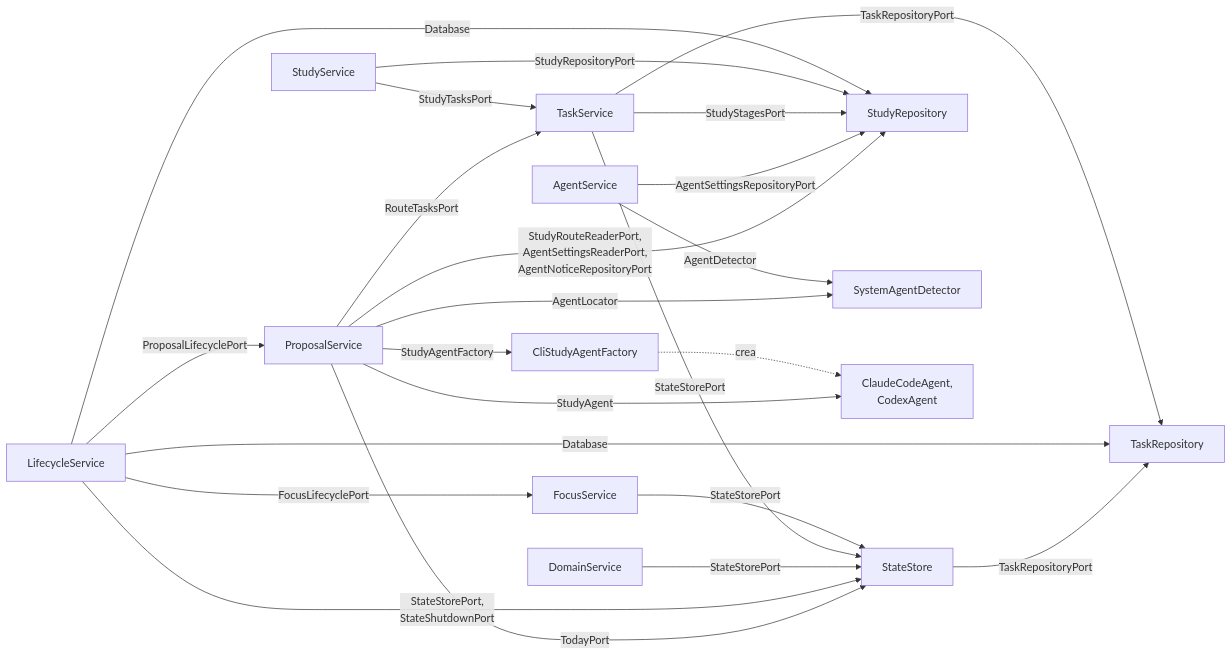
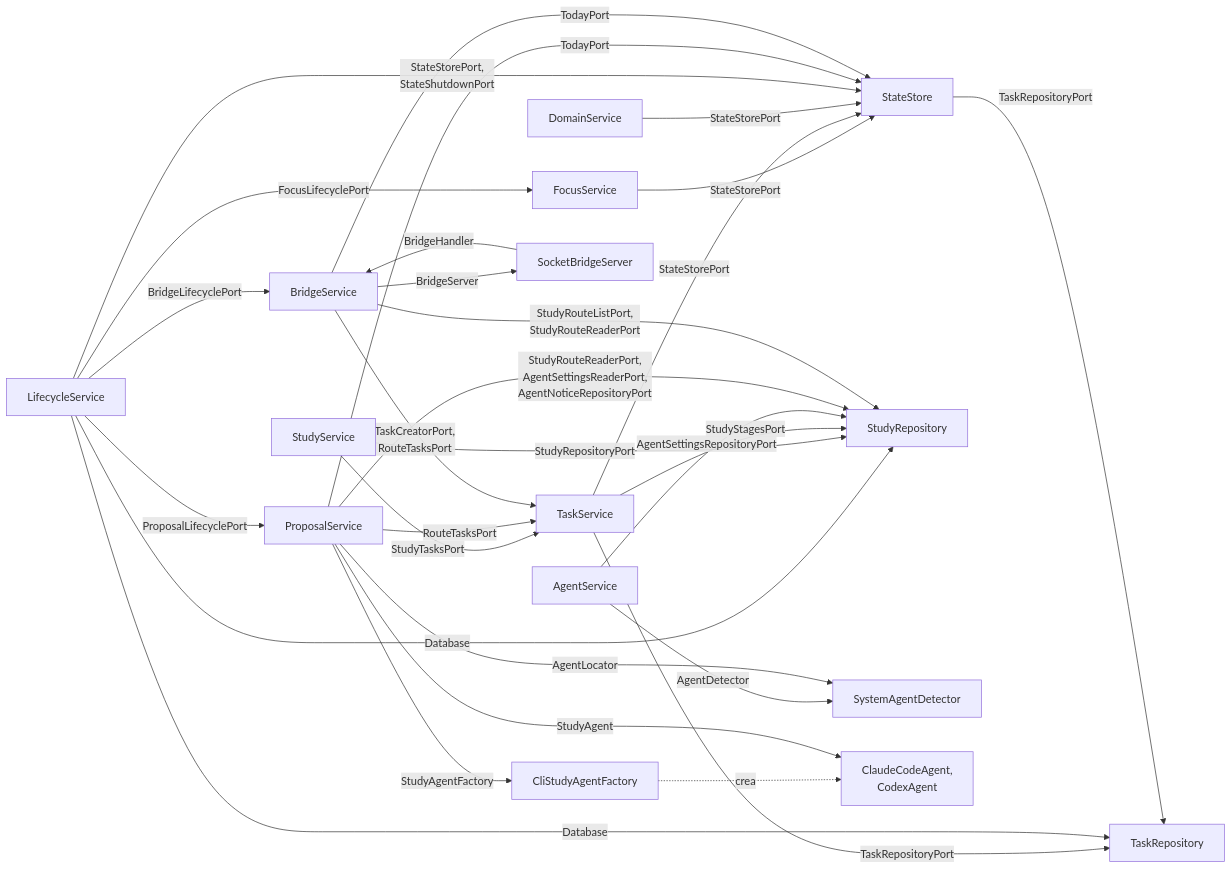
Before and after one commit to DevJuan95/ritmo: the fifth of 13 diagrams in docs/arquitectura.md, drawn with Mermaid. The commit also changed other lines of this file and 36 other files, not shown here.

````diff
--- a/docs/arquitectura.md
+++ b/docs/arquitectura.md
@@ -183,39 +200,47 @@
 ```mermaid
 flowchart LR
   focus["FocusService"]
   taskService["TaskService"]
   domainService["DomainService"]
   lifecycle["LifecycleService"]
   store["StateStore"]
   repo["TaskRepository"]
   studyService["StudyService"]
   studyRepo["StudyRepository"]
   agentService["AgentService"]
   detector["SystemAgentDetector"]
   proposalService["ProposalService"]
   factory["CliStudyAgentFactory"]
   agents["ClaudeCodeAgent,<br/>CodexAgent"]
+  bridgeService["BridgeService"]
+  bridgeServer["SocketBridgeServer"]
 
   focus -- "StateStorePort" --> store
   taskService -- "StateStorePort" --> store
   taskService -- "TaskRepositoryPort" --> repo
   domainService -- "StateStorePort" --> store
   lifecycle -- "StateStorePort,<br/>StateShutdownPort" --> store
   lifecycle -- "FocusLifecyclePort" --> focus
   lifecycle -- "ProposalLifecyclePort" --> proposalService
   lifecycle -- "Database" --> repo
   lifecycle -- "Database" --> studyRepo
   store -- "TaskRepositoryPort" --> repo
   studyService -- "StudyRepositoryPort" --> studyRepo
   studyService -- "StudyTasksPort" --> taskService
   taskService -- "StudyStagesPort" --> studyRepo
   agentService -- "AgentSettingsRepositoryPort" --> studyRepo
   agentService -- "AgentDetector" --> detector
   proposalService -- "StudyRouteReaderPort,<br/>AgentSettingsReaderPort,<br/>AgentNoticeRepositoryPort" --> studyRepo
   proposalService -- "RouteTasksPort" --> taskService
   proposalService -- "TodayPort" --> store
   proposalService -- "AgentLocator" --> detector
   proposalService -- "StudyAgentFactory" --> factory
   factory -. "crea" .-> agents
   proposalService -- "StudyAgent" --> agents
+  lifecycle -- "BridgeLifecyclePort" --> bridgeService
+  bridgeService -- "BridgeServer" --> bridgeServer
+  bridgeServer -- "BridgeHandler" --> bridgeService
+  bridgeService -- "StudyRouteListPort,<br/>StudyRouteReaderPort" --> studyRepo
+  bridgeService -- "TaskCreatorPort,<br/>RouteTasksPort" --> taskService
+  bridgeService -- "TodayPort" --> store
 ```
````
